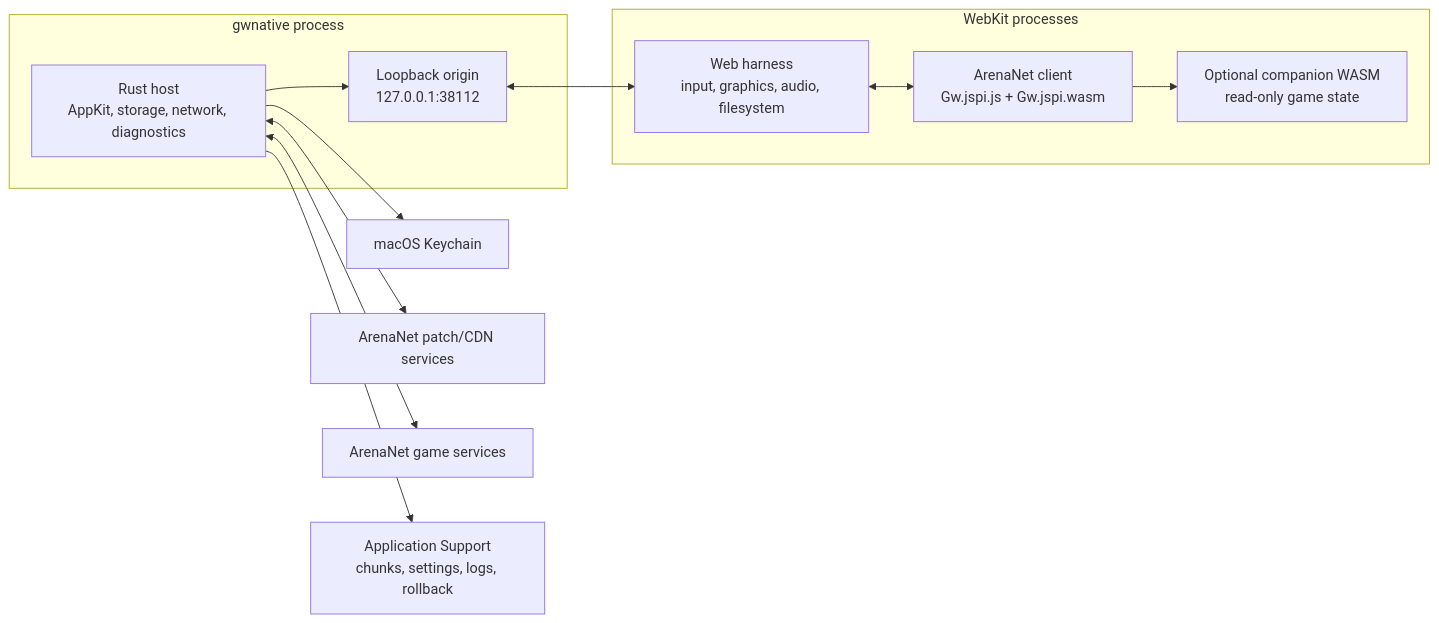
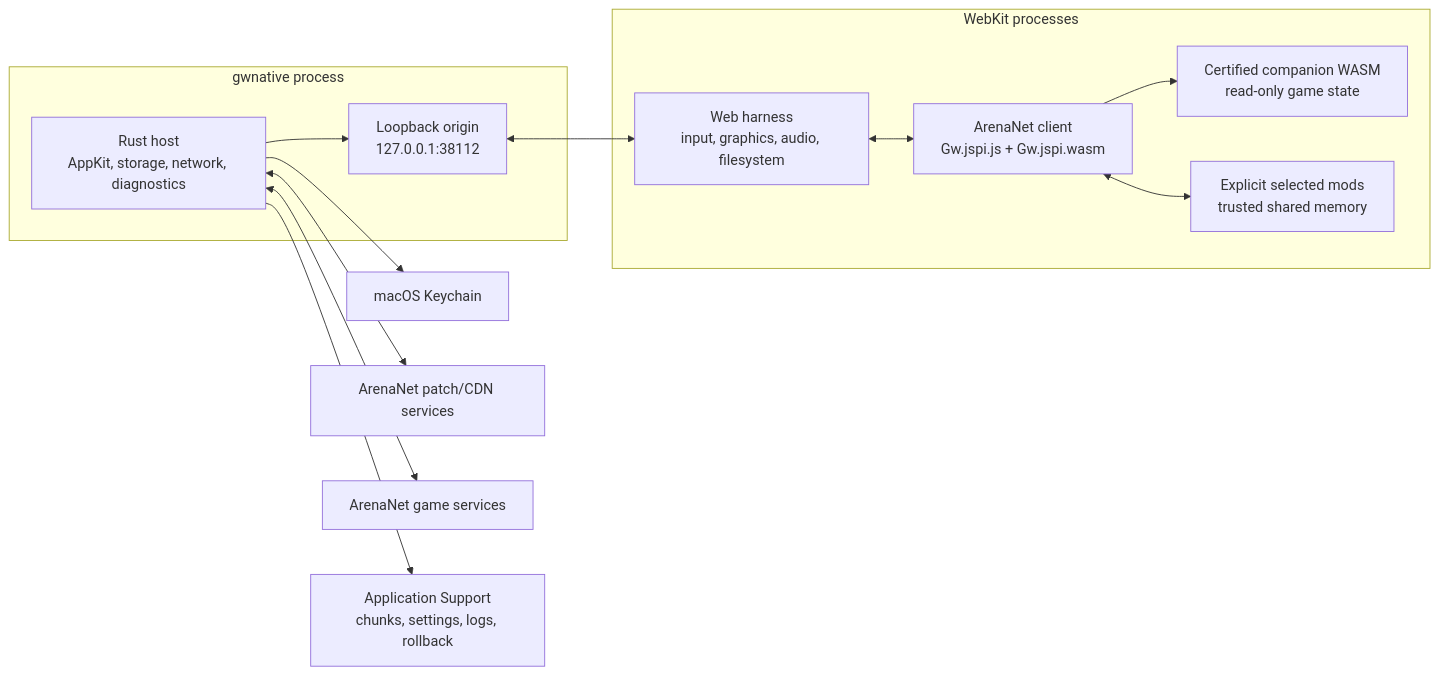
The diagram in docs/architecture.md (jean-humann/gwnative), drawn with Mermaid before and after one commit. The commit also changed other lines of this file and 13 other files, not shown here.

````diff
--- a/docs/architecture.md
+++ b/docs/architecture.md
@@ -9,22 +9,24 @@
 ```mermaid
 flowchart LR
     subgraph App["gwnative process"]
         Native["Rust host\nAppKit, storage, network, diagnostics"]
         Origin["Loopback origin\n127.0.0.1:38112"]
         Native --> Origin
     end
 
     subgraph WebKit["WebKit processes"]
         Harness["Web harness\ninput, graphics, audio, filesystem"]
         Client["ArenaNet client\nGw.jspi.js + Gw.jspi.wasm"]
-        Companion["Optional companion WASM\nread-only game state"]
+        Companion["Certified companion WASM\nread-only game state"]
+        Mods["Explicit selected mods\ntrusted shared memory"]
         Harness <--> Client
         Client --> Companion
+        Client <--> Mods
     end
 
     Origin <--> Harness
     Native --> Keychain["macOS Keychain"]
     Native <--> Patch["ArenaNet patch/CDN services"]
     Native <--> Game["ArenaNet game services"]
     Native --> Disk["Application Support\nchunks, settings, logs, rollback"]
 ```
````
